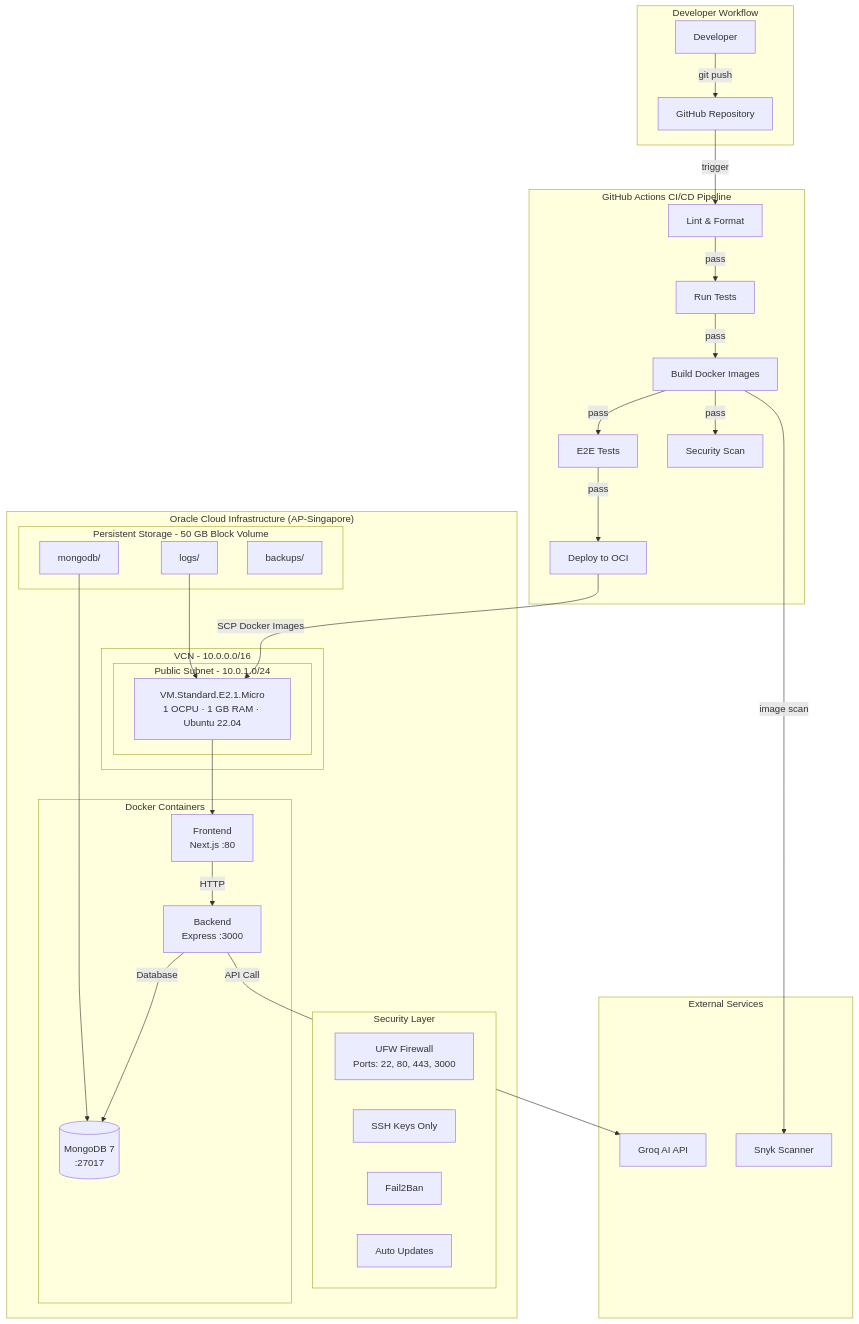
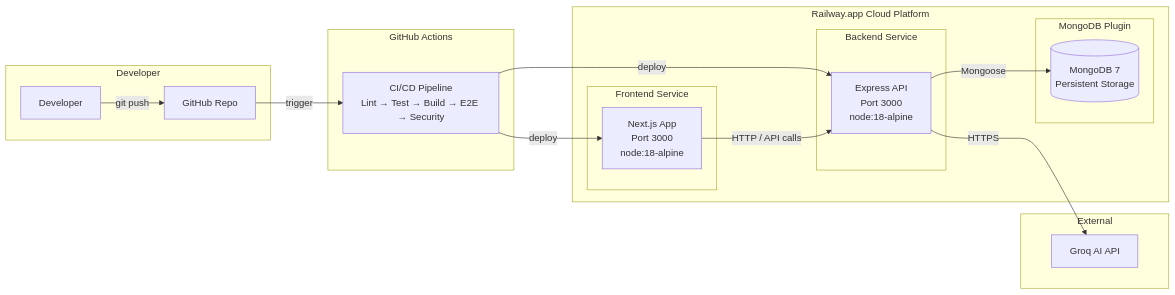
The diagram in docs/architecture-diagram.md (grahamcrackers123/BrainBytes), drawn with Mermaid before and after one commit. The commit also changed other lines of this file and 5 other files, not shown here.

Commit message:
Switch from OCI to Railway.app for cloud deployment

````diff
--- a/docs/architecture-diagram.md
+++ b/docs/architecture-diagram.md
@@ -3,56 +5,35 @@
 ```mermaid
-graph TD
-    subgraph "Developer Workflow"
-        DEV[Developer] -->|git push| GH[GitHub Repository]
+graph LR
+    subgraph "Developer"
+        DEV[Developer]
+        GIT[GitHub Repo]
     end
 
-    subgraph "GitHub Actions CI/CD Pipeline"
-        GH -->|trigger| LINT[Lint & Format]
-        LINT -->|pass| TEST[Run Tests]
-        TEST -->|pass| BUILD[Build Docker Images]
-        BUILD -->|pass| E2E[E2E Tests]
-        BUILD -->|pass| SEC[Security Scan]
-        E2E -->|pass| DEPLOY[Deploy to OCI]
+    subgraph "GitHub Actions"
+        CI[CI/CD Pipeline<br/>Lint → Test → Build → E2E → Security]
     end
 
-    subgraph "Oracle Cloud Infrastructure (AP-Singapore)"
-        subgraph "VCN - 10.0.0.0/16"
-            subgraph "Public Subnet - 10.0.1.0/24"
-                INSTANCE[VM.Standard.E2.1.Micro<br/>1 OCPU · 1 GB RAM · Ubuntu 22.04]
-            end
+    subgraph "Railway.app Cloud Platform"
+        subgraph "Backend Service"
+            BE[Express API<br/>Port 3000<br/>node:18-alpine]
         end
-
-        subgraph "Security Layer"
-            UFW[UFW Firewall<br/>Ports: 22, 80, 443, 3000]
-            SSH[SSH Keys Only]
-            FB[Fail2Ban]
-            AUTO[Auto Updates]
+        subgraph "Frontend Service"
+            FE[Next.js App<br/>Port 3000<br/>node:18-alpine]
         end
-
-        subgraph "Docker Containers"
-            FE[Frontend<br/>Next.js :80]
-            BE[Backend<br/>Express :3000]
-            DB[(MongoDB 7<br/>:27017)]
-        end
-
-        subgraph "Persistent Storage - 50 GB Block Volume"
-            MONGO_DATA[mongodb/]
-            LOGS[logs/]
-            BACKUPS[backups/]
+        subgraph "MongoDB Plugin"
+            DB[(MongoDB 7<br/>Persistent Storage)]
         end
     end
 
-    subgraph "External Services"
+    subgraph "External"
         GROQ[Groq AI API]
-        SNYK[Snyk Scanner]
     end
 
-    DEPLOY -->|SCP Docker Images| INSTANCE
-    INSTANCE --> FE
-    FE -->|HTTP| BE
-    BE -->|Database| DB
-    BE -->|API Call| GROQ
-    MONGO_DATA --> DB
-    LOGS --> INSTANCE
-    BUILD -->|image scan| SNYK
+    DEV -->|git push| GIT
+    GIT -->|trigger| CI
+    CI -->|deploy| BE
+    CI -->|deploy| FE
+    FE -->|HTTP / API calls| BE
+    BE -->|Mongoose| DB
+    BE -->|HTTPS| GROQ
 ```
````
